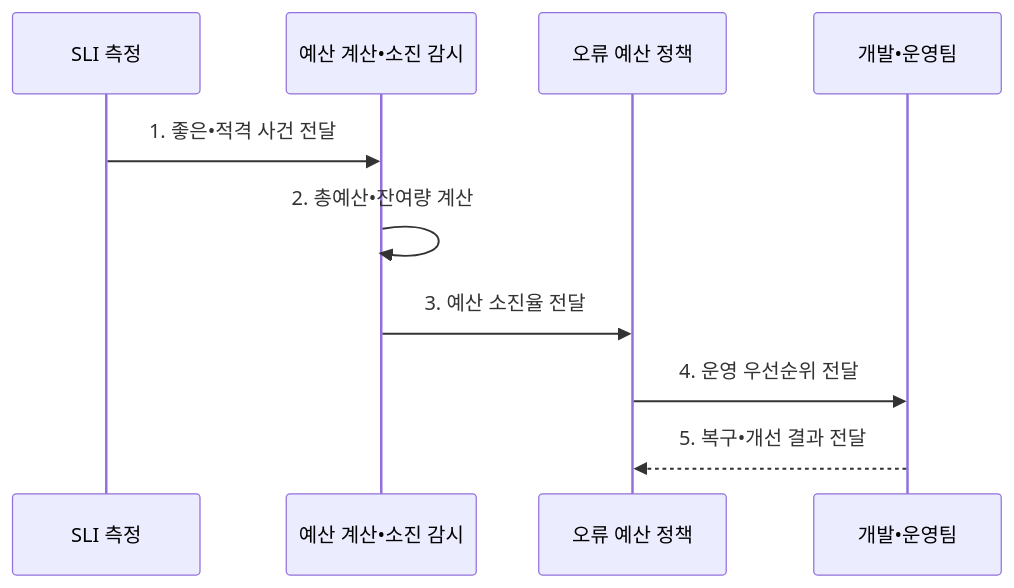
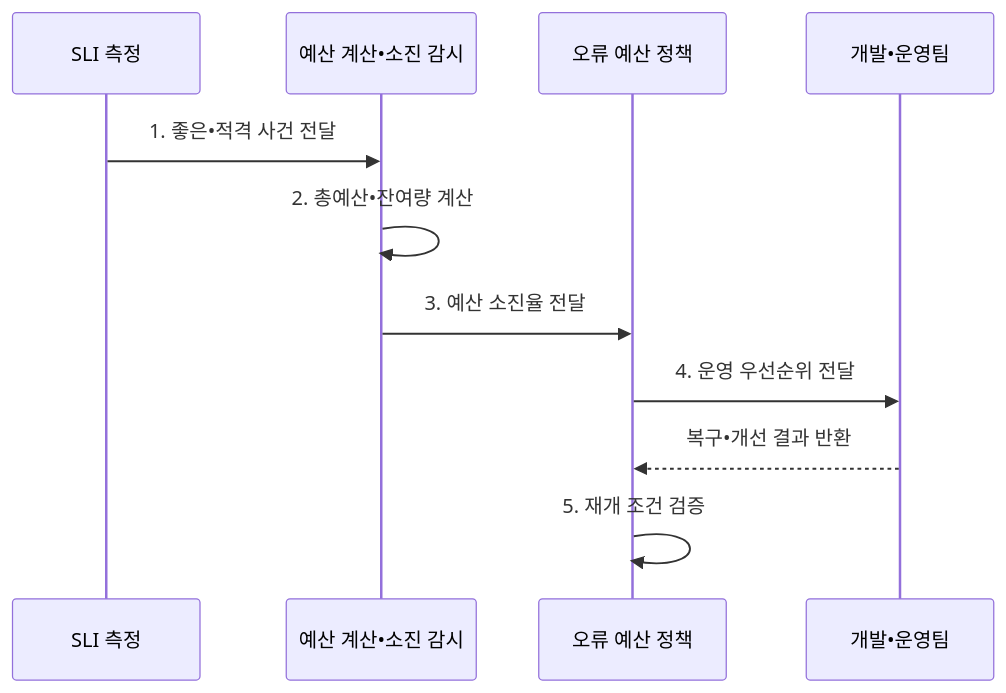
One commit to agnusdei1207/knowledge-base changed the second of 2 diagrams in src/content/docs/notes/08-latest-tech/174_error_budget.md. Above: the diagram before and after it, drawn with Mermaid. The commit also changed other lines of this file and 4 other files, not shown here.

````diff
--- a/src/content/docs/notes/08-latest-tech/174_error_budget.md
+++ b/src/content/docs/notes/08-latest-tech/174_error_budget.md
@@ -106,12 +106,13 @@
 ```mermaid
 sequenceDiagram
     participant S as SLI 측정
     participant B as 예산 계산•소진 감시
     participant P as 오류 예산 정책
     participant D as 개발•운영팀
     S->>B: 1. 좋은•적격 사건 전달
     B->>B: 2. 총예산•잔여량 계산
     B->>P: 3. 예산 소진율 전달
     P->>D: 4. 운영 우선순위 전달
-    D-->>P: 5. 복구•개선 결과 전달
+    D-->>P: 복구•개선 결과 반환
+    P->>P: 5. 재개 조건 검증
 ```
````
